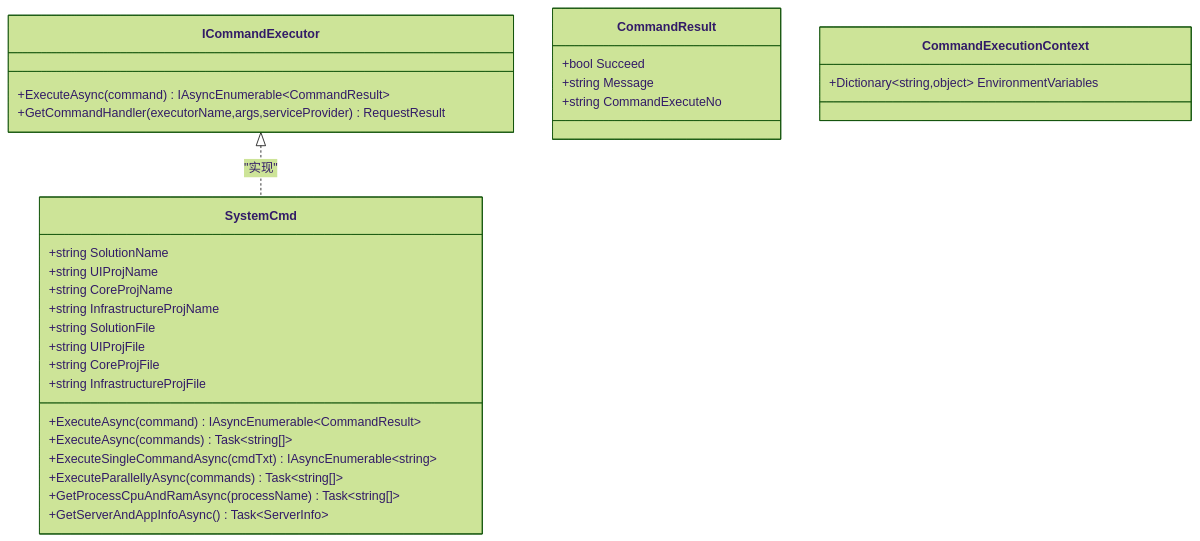
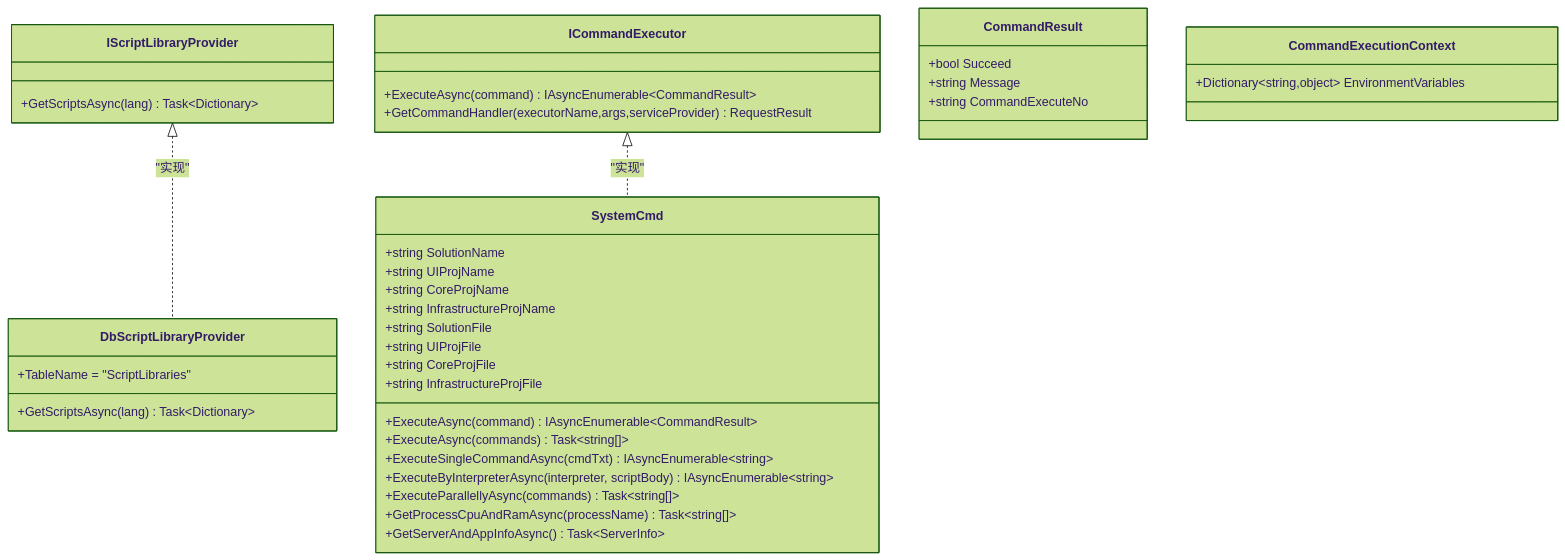
Before and after one commit to Sosososolong/AirGo: the third of 7 diagrams in .qoder/repowiki/zh/content/项目概述/核心特性/工具库系统/系统命令执行器.md, drawn with Mermaid (forest theme). The commit also changed other lines of this file and 15 other files, not shown here.

````diff
--- a/.qoder/repowiki/zh/content/项目概述/核心特性/工具库系统/系统命令执行器.md
+++ b/.qoder/repowiki/zh/content/项目概述/核心特性/工具库系统/系统命令执行器.md
@@ -164,32 +181,41 @@
 ```mermaid
 classDiagram
 class SystemCmd {
 +string SolutionName
 +string UIProjName
 +string CoreProjName
 +string InfrastructureProjName
 +string SolutionFile
 +string UIProjFile
 +string CoreProjFile
 +string InfrastructureProjFile
 +ExecuteAsync(command) IAsyncEnumerable~CommandResult~
 +ExecuteAsync(commands) Task~string[]~
 +ExecuteSingleCommandAsync(cmdTxt) IAsyncEnumerable~string~
++ExecuteByInterpreterAsync(interpreter, scriptBody) IAsyncEnumerable~string~
 +ExecuteParallellyAsync(commands) Task~string[]~
 +GetProcessCpuAndRamAsync(processName) Task~string[]~
 +GetServerAndAppInfoAsync() Task~ServerInfo~
+}
+class IScriptLibraryProvider {
++GetScriptsAsync(lang) Task~Dictionary~
+}
+class DbScriptLibraryProvider {
++TableName = "ScriptLibraries"
++GetScriptsAsync(lang) Task~Dictionary~
 }
 class ICommandExecutor {
 +ExecuteAsync(command) IAsyncEnumerable~CommandResult~
 +GetCommandHandler(executorName,args,serviceProvider) RequestResult
 }
 class CommandResult {
 +bool Succeed
 +string Message
 +string CommandExecuteNo
 }
 class CommandExecutionContext {
 +Dictionary~string,object~ EnvironmentVariables
 }
 ICommandExecutor <|.. SystemCmd : "实现"
+IScriptLibraryProvider <|.. DbScriptLibraryProvider : "实现"
 ```
````
